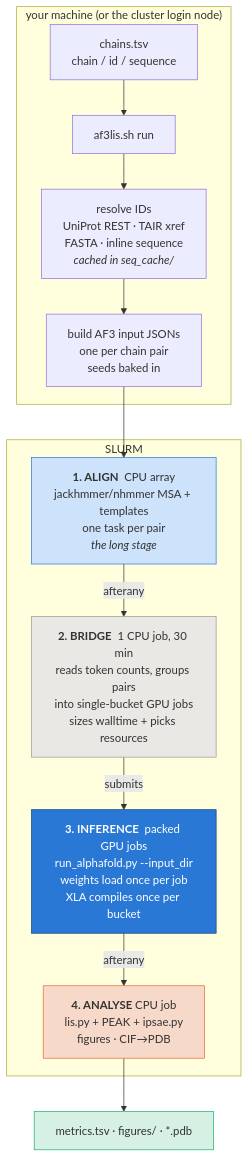
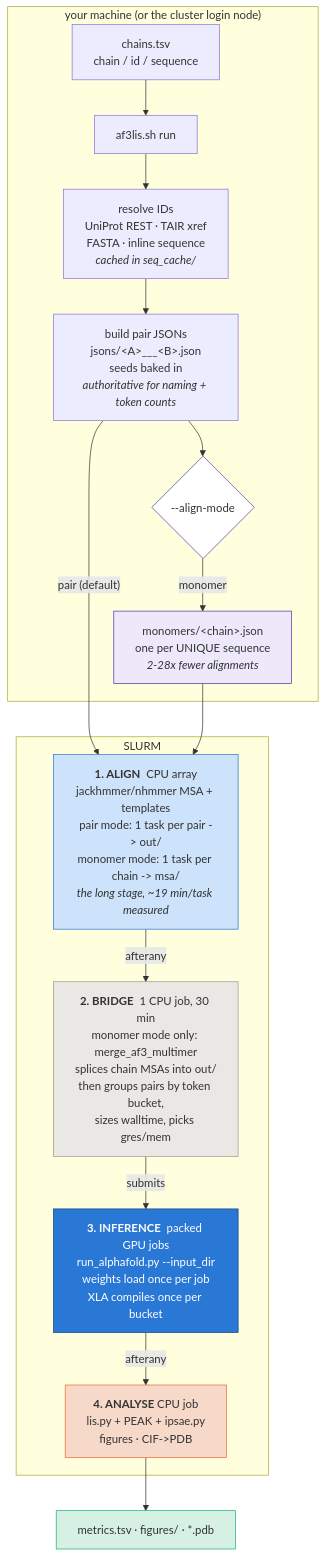
The diagram in README.md (Papareddy/af3lis), drawn with Mermaid before and after one commit. The commit also changed other lines of this file, not shown here.

Commit message:
Update the pipeline diagram for monomer mode
The mermaid flowchart still showed only the pair-mode flow, so the README
described a pipeline the code no longer matches. It now shows the --align-mode
branch: pair feeds the pair JSONs straight to the align array, monomer emits
one input per unique chain first, and the bridge's merge step is labelled as
monomer-only.

Also carries the measured align timing (~19 min/task) into the diagram, and
fixes a stale align_time: 12:00:00 in the README's config sample, which still
showed the old blind default after config.example.yaml had moved to 6h.

````diff
--- a/README.md
+++ b/README.md
@@ -57,27 +57,32 @@
 ```mermaid
 flowchart TD
     subgraph L["your machine (or the cluster login node)"]
         T["chains.tsv<br/>chain / id / sequence"]
         R["af3lis.sh run"]
         T --> R
         R --> RES["resolve IDs<br/>UniProt REST · TAIR xref<br/>FASTA · inline sequence<br/><i>cached in seq_cache/</i>"]
-        RES --> J["build AF3 input JSONs<br/>one per chain pair<br/>seeds baked in"]
+        RES --> J["build pair JSONs<br/>jsons/&lt;A&gt;___&lt;B&gt;.json<br/>seeds baked in<br/><i>authoritative for naming + token counts</i>"]
+        J --> MODE{"--align-mode"}
+        MODE -->|"monomer"| MM["monomers/&lt;chain&gt;.json<br/>one per UNIQUE sequence<br/><i>2-28x fewer alignments</i>"]
     end
 
-    J --> A
+    J -->|"pair (default)"| A
+    MM --> A
 
     subgraph S["SLURM"]
-        A["<b>1. ALIGN</b>  CPU array<br/>jackhmmer/nhmmer MSA + templates<br/>one task per pair<br/><i>the long stage</i>"]
-        A -->|afterany| B["<b>2. BRIDGE</b>  1 CPU job, 30 min<br/>reads token counts, groups pairs<br/>into single-bucket GPU jobs<br/>sizes walltime + picks resources"]
+        A["<b>1. ALIGN</b>  CPU array<br/>jackhmmer/nhmmer MSA + templates<br/>pair mode: 1 task per pair -> out/<br/>monomer mode: 1 task per chain -> msa/<br/><i>the long stage, ~19 min/task measured</i>"]
+        A -->|afterany| B["<b>2. BRIDGE</b>  1 CPU job, 30 min<br/>monomer mode only: merge_af3_multimer<br/>splices chain MSAs into out/<br/>then groups pairs by token bucket,<br/>sizes walltime, picks gres/mem"]
         B -->|submits| G["<b>3. INFERENCE</b>  packed GPU jobs<br/>run_alphafold.py --input_dir<br/>weights load once per job<br/>XLA compiles once per bucket"]
-        G -->|afterany| N["<b>4. ANALYSE</b>  CPU job<br/>lis.py + PEAK + ipsae.py<br/>figures · CIF→PDB"]
+        G -->|afterany| N["<b>4. ANALYSE</b>  CPU job<br/>lis.py + PEAK + ipsae.py<br/>figures · CIF-&gt;PDB"]
     end
 
     N --> O["metrics.tsv · figures/ · *.pdb"]
 
+    style MODE fill:#fff,stroke:#4a3aa7
+    style MM fill:#ede9fb,stroke:#4a3aa7
     style A fill:#cde2fb,stroke:#2a78d6
     style B fill:#e9e8e4,stroke:#9b9a95
     style G fill:#2a78d6,stroke:#104281,color:#fff
     style N fill:#f7d9c9,stroke:#eb6834
     style O fill:#d6f0e4,stroke:#1baf7a
 ```
````
